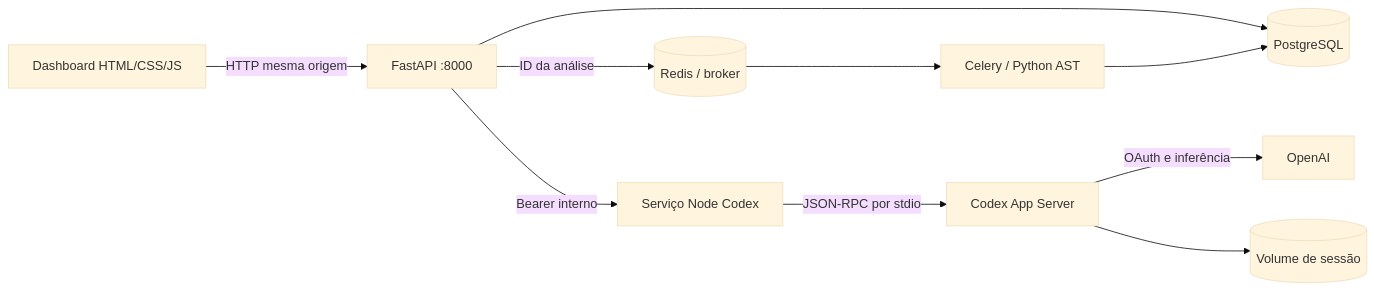
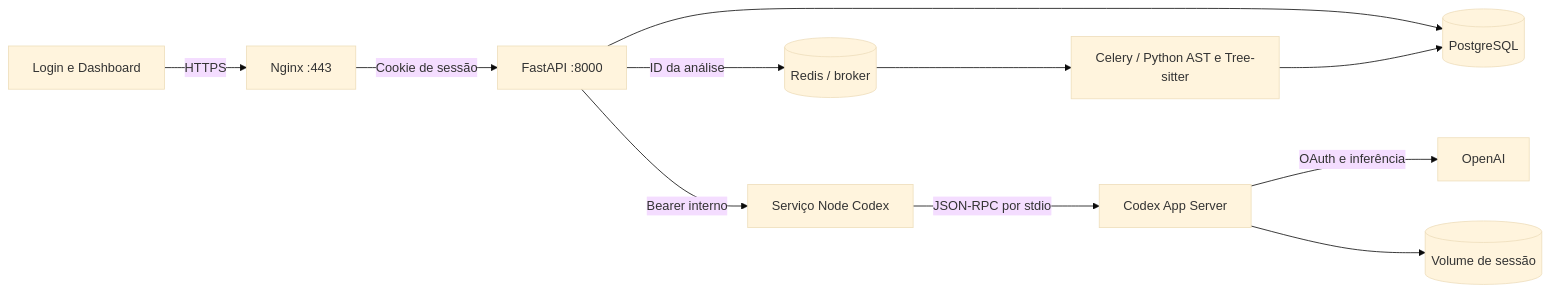
Before and after one commit to MateussantosVSr3/cpcyber: the second of 2 diagrams in docs/arquitetura.md, drawn with Mermaid (base theme). The commit also changed other lines of this file and 34 other files, not shown here.

```diff
--- a/docs/arquitetura.md
+++ b/docs/arquitetura.md
@@ -16,12 +16,13 @@
 ~~~mermaid
 flowchart LR
-    UI[Dashboard HTML/CSS/JS] -->|HTTP mesma origem| API[FastAPI :8000]
+    UI[Login e Dashboard] -->|HTTPS| Proxy[Nginx :443]
+    Proxy -->|Cookie de sessão| API[FastAPI :8000]
     API --> DB[(PostgreSQL)]
     API -->|ID da análise| Redis[(Redis / broker)]
-    Redis --> Worker[Celery / Python AST]
+    Redis --> Worker[Celery / Python AST e Tree-sitter]
     Worker --> DB
     API -->|Bearer interno| Bridge[Serviço Node Codex]
     Bridge -->|JSON-RPC por stdio| Codex[Codex App Server]
     Codex -->|OAuth e inferência| OpenAI[OpenAI]
     Codex --> Auth[(Volume de sessão)]
 ~~~
```
